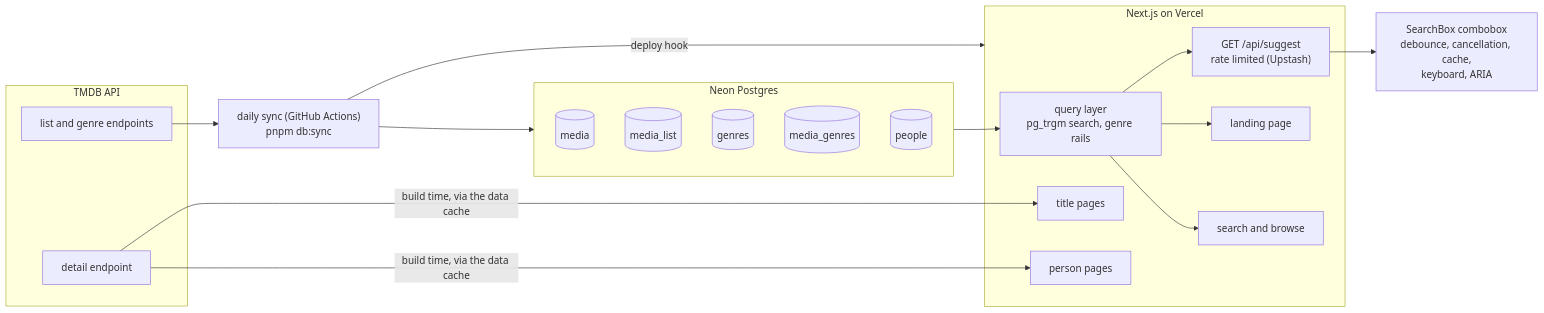
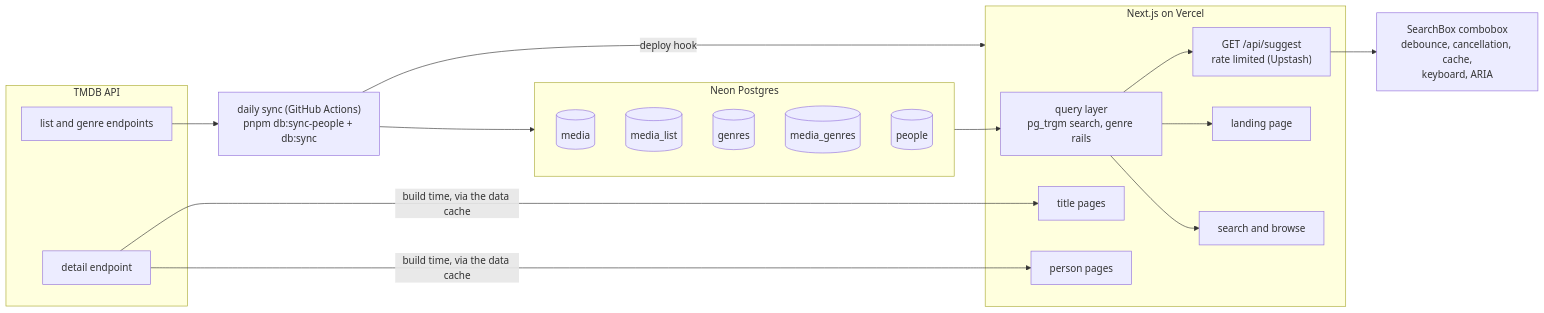
Before and after one commit to SauelAlmonte/typecast: the diagram in README.md, drawn with Mermaid. The commit also changed 7 other files, not shown here.

````diff
--- a/README.md
+++ b/README.md
@@ -40,37 +40,37 @@
 ```mermaid
 flowchart LR
   subgraph TMDB[TMDB API]
     LISTS["list and genre endpoints"]
     DETAIL["detail endpoint"]
   end
 
-  SYNC["daily sync (GitHub Actions)<br/>pnpm db:sync"]
+  SYNC["daily sync (GitHub Actions)<br/>pnpm db:sync-people + db:sync"]
 
   subgraph NEON[Neon Postgres]
     MEDIA[("media")]
     LIST[("media_list")]
     GEN[("genres")]
     MG[("media_genres")]
     PPL[("people")]
   end
 
   subgraph APP[Next.js on Vercel]
     Q["query layer<br/>pg_trgm search, genre rails"]
     SUG["GET /api/suggest<br/>rate limited (Upstash)"]
     LAND["landing page"]
     SRCH["search and browse"]
     TITLE["title pages"]
     PERSON["person pages"]
   end
 
   SB["SearchBox combobox<br/>debounce, cancellation, cache,<br/>keyboard, ARIA"]
 
   LISTS --> SYNC --> NEON
   SYNC -->|"deploy hook"| APP
   NEON --> Q
   Q --> SUG --> SB
   Q --> SRCH
   Q --> LAND
   DETAIL -->|"build time, via the data cache"| TITLE
   DETAIL -->|"build time, via the data cache"| PERSON
 ```
````
